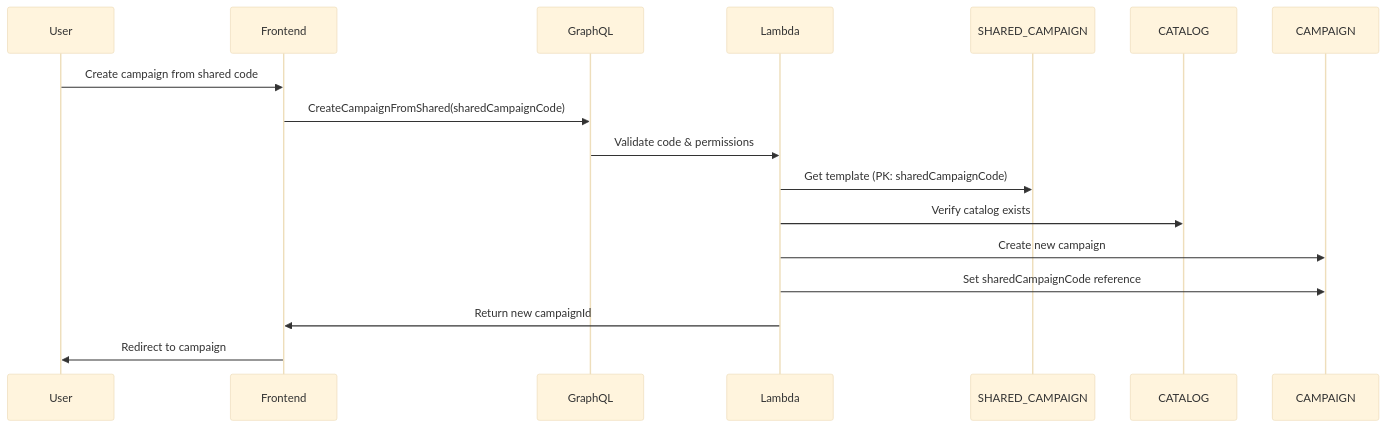
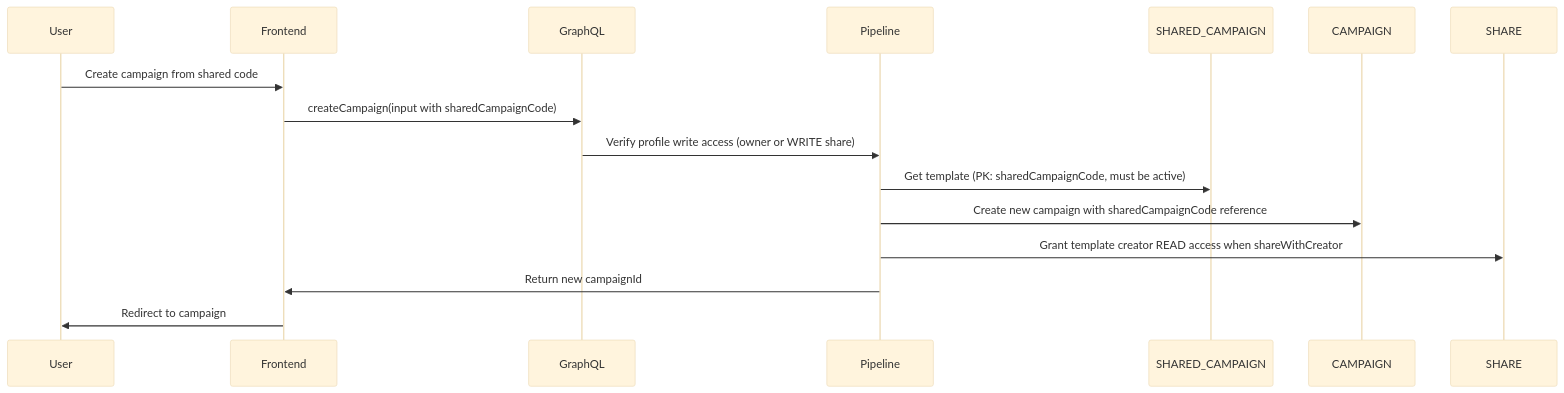
Before and after one commit to dmeiser/kernelworx: the sixth of 13 diagrams in docs/SCHEMA.md, drawn with Mermaid (base theme). The commit also changed 2 other files, not shown here.

Commit message:
no-mistakes(document): Fix stale createCampaign flow doc; format changed tests

````diff
--- a/docs/SCHEMA.md
+++ b/docs/SCHEMA.md
@@ -221,12 +221,11 @@
 ```mermaid
 sequenceDiagram
     User->>Frontend: Create campaign from shared code
-    Frontend->>GraphQL: CreateCampaignFromShared(sharedCampaignCode)
-    GraphQL->>Lambda: Validate code & permissions
-    Lambda->>SHARED_CAMPAIGN: Get template (PK: sharedCampaignCode)
-    Lambda->>CATALOG: Verify catalog exists
-    Lambda->>CAMPAIGN: Create new campaign
-    Lambda->>CAMPAIGN: Set sharedCampaignCode reference
-    Lambda->>Frontend: Return new campaignId
+    Frontend->>GraphQL: createCampaign(input with sharedCampaignCode)
+    GraphQL->>Pipeline: Verify profile write access (owner or WRITE share)
+    Pipeline->>SHARED_CAMPAIGN: Get template (PK: sharedCampaignCode, must be active)
+    Pipeline->>CAMPAIGN: Create new campaign with sharedCampaignCode reference
+    Pipeline->>SHARE: Grant template creator READ access when shareWithCreator
+    Pipeline->>Frontend: Return new campaignId
     Frontend->>User: Redirect to campaign
 ```
````
